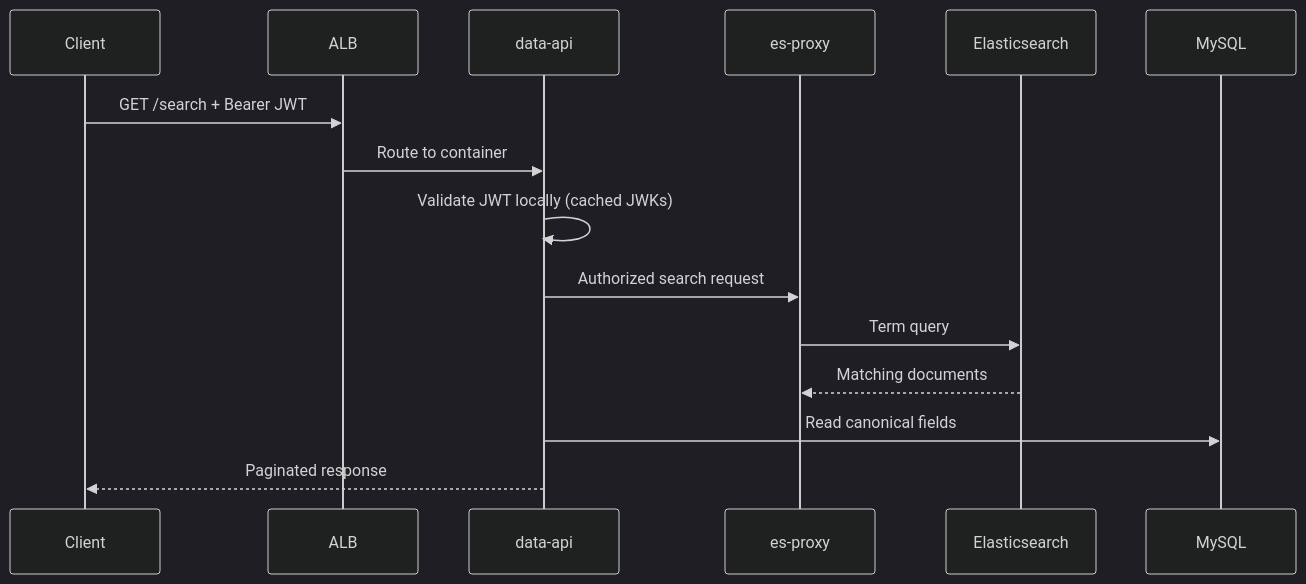
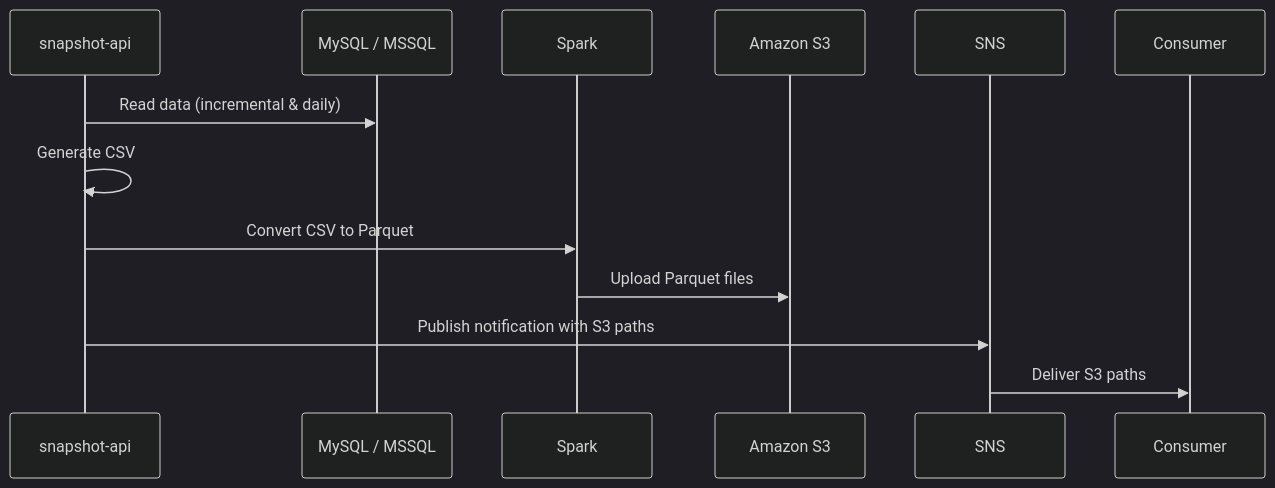
The seventh of 7 diagrams in Technical Skills/CoreDataPlatform.md (pprakashbh/puneet_wellington_account_screening), drawn with Mermaid (dark theme) before and after one commit. The commit also changed other lines of this file, not shown here.

Commit message:
Updated Technical Diagram

````diff
--- a/Technical Skills/CoreDataPlatform.md
+++ b/Technical Skills/CoreDataPlatform.md
@@ -149,17 +220,15 @@
 ```mermaid
 sequenceDiagram
-    participant Client
-    participant ALB
-    participant API as data-api
-    participant Proxy as es-proxy
-    participant ES as Elasticsearch
-    participant MySQL
-    Client->>ALB: GET /search + Bearer JWT
-    ALB->>API: Route to container
-    API->>API: Validate JWT locally (cached JWKs)
-    API->>Proxy: Authorized search request
-    Proxy->>ES: Term query
-    ES-->>Proxy: Matching documents
-    API->>MySQL: Read canonical fields
-    API-->>Client: Paginated response
+    participant Snap as snapshot-api
+    participant DB as MySQL / MSSQL
+    participant Spark as Spark
+    participant S3 as Amazon S3
+    participant SNS as SNS
+    participant Con as Consumer
+    Snap->>DB: Read data (incremental & daily)
+    Snap->>Snap: Generate CSV
+    Snap->>Spark: Convert CSV to Parquet
+    Spark->>S3: Upload Parquet files
+    Snap->>SNS: Publish notification with S3 paths
+    SNS->>Con: Deliver S3 paths
 ```
````
